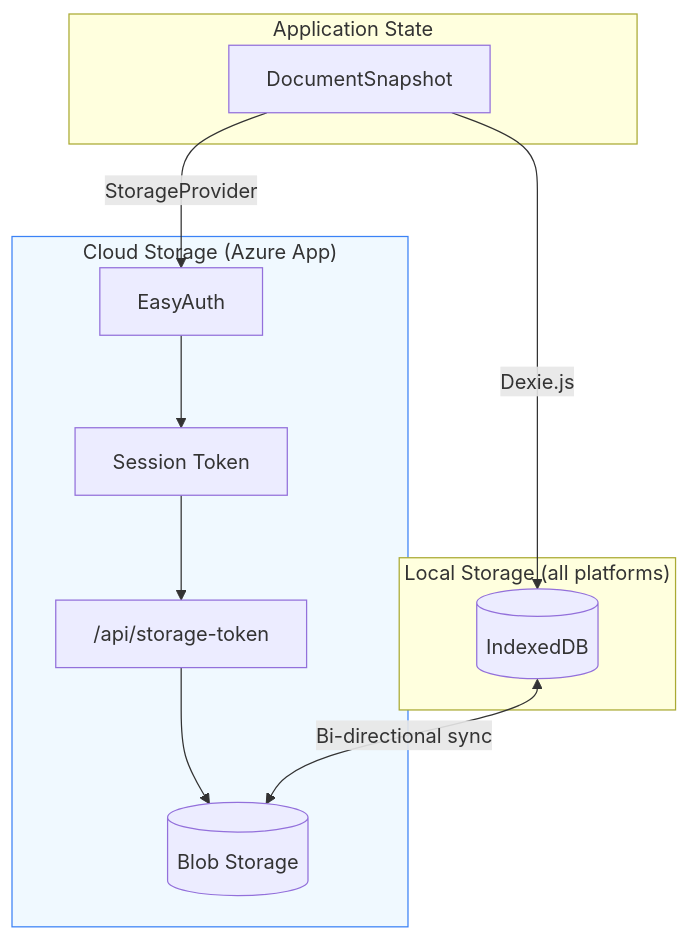
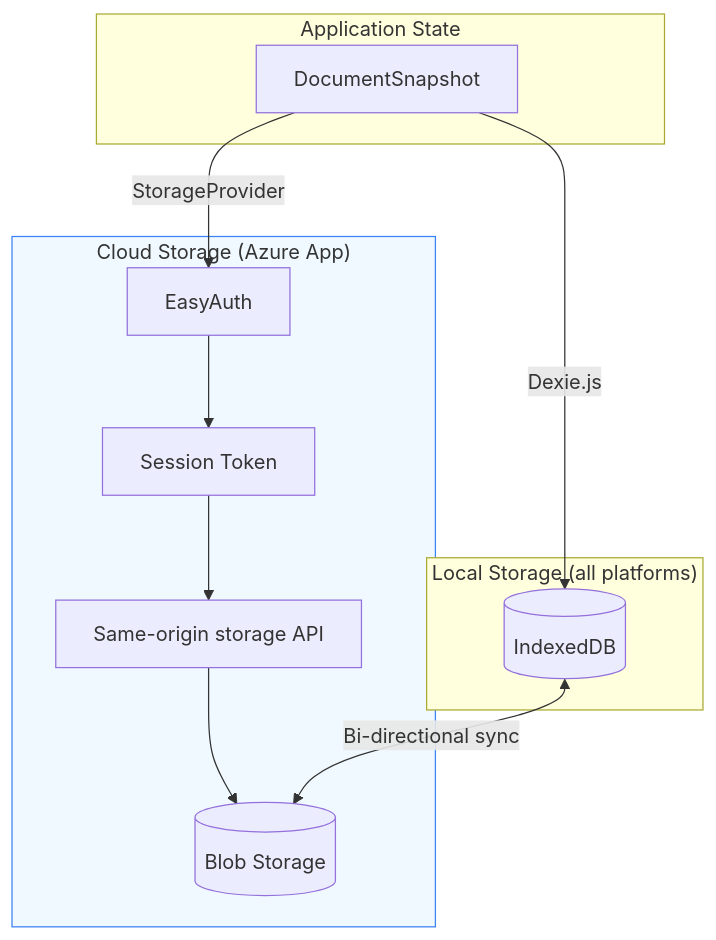
Before and after one commit to jukka-matti/variscout: the fourth of 6 diagrams in docs/05-technical/architecture/data-pipeline-map.md, drawn with Mermaid. The commit also changed 34 other files, not shown here.

````diff
--- a/docs/05-technical/architecture/data-pipeline-map.md
+++ b/docs/05-technical/architecture/data-pipeline-map.md
@@ -369,22 +369,22 @@
 ```mermaid
 flowchart TB
     subgraph State["Application State"]
         AS["DocumentSnapshot"]
     end
 
     subgraph Local["Local Storage (all platforms)"]
         IDB[("IndexedDB")]
     end
 
     subgraph Cloud["Cloud Storage (Azure App)"]
         EA["EasyAuth"] --> TK["Session Token"]
-        TK --> STAPI["/api/storage-token"]
+        TK --> STAPI["Same-origin storage API"]
         STAPI --> OD[("Blob Storage")]
     end
 
     AS -->|"Dexie.js"| IDB
     AS -->|"StorageProvider"| EA
     IDB <-->|"Bi-directional sync"| OD
 
     style Cloud fill:#f0f9ff,stroke:#3b82f6
 ```
````
